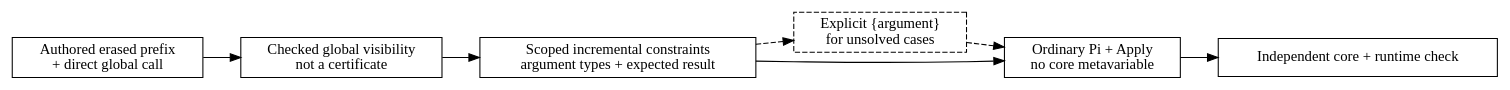
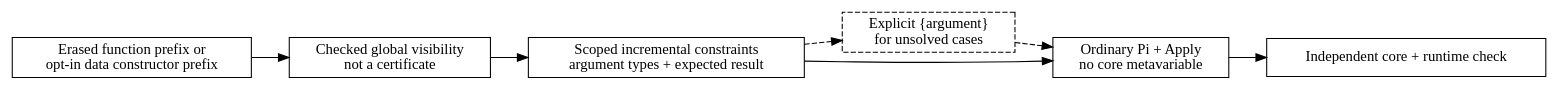
Before and after one commit to odunboye/fibril: the diagram in docs/diagrams/implicit-arguments.dot, drawn with Graphviz. The commit also changed 16 other files, not shown here.

Commit message:
Add opt-in implicit data constructor parameters

```diff
--- a/docs/diagrams/implicit-arguments.dot
+++ b/docs/diagrams/implicit-arguments.dot
@@ -1,13 +1,13 @@
 digraph ImplicitArguments {
   rankdir=LR;
   node [shape=box];
-  source [label="Authored erased prefix\n+ direct global call"];
+  source [label="Erased function prefix or\nopt-in data constructor prefix"];
   metadata [label="Checked global visibility\nnot a certificate"];
   solve [label="Scoped incremental constraints\nargument types + expected result"];
   explicit [label="Explicit {argument}\nfor unsolved cases", style=dashed];
   core [label="Ordinary Pi + Apply\nno core metavariable"];
   check [label="Independent core + runtime check"];
   source -> metadata -> solve -> core -> check;
   solve -> explicit [style=dashed];
   explicit -> core [style=dashed];
 }
```
